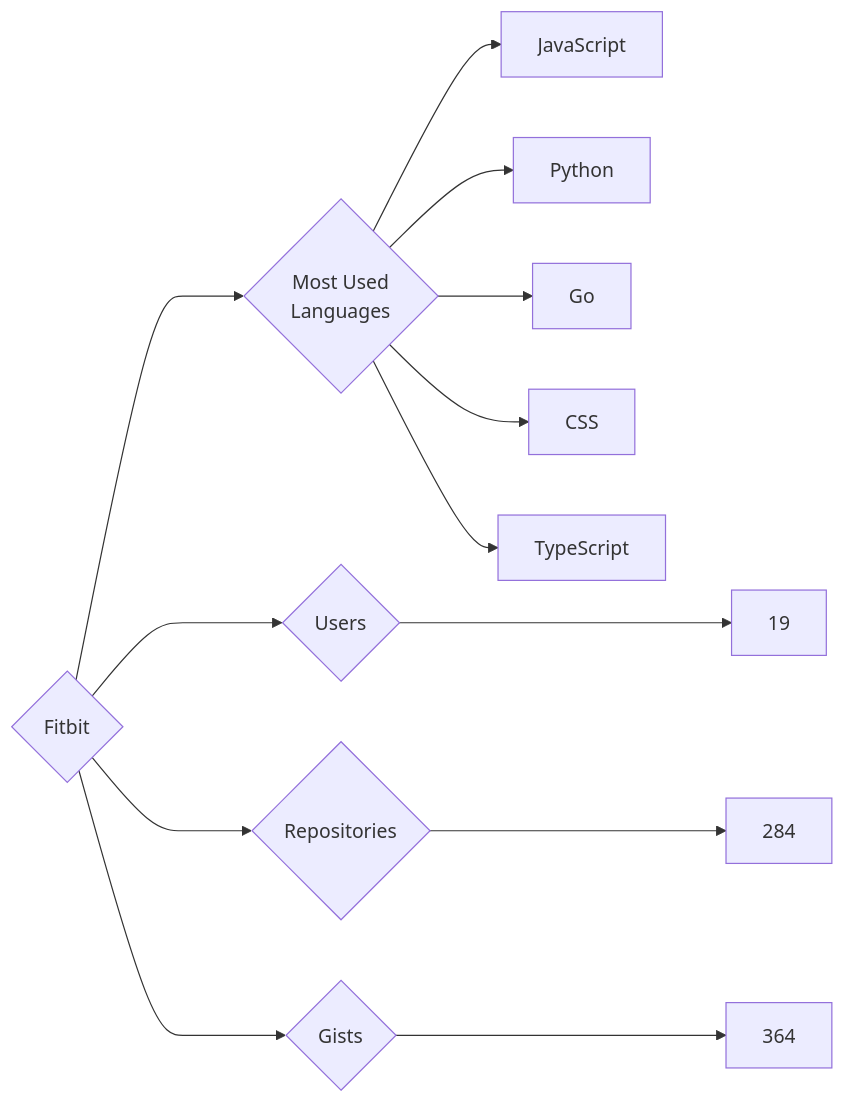
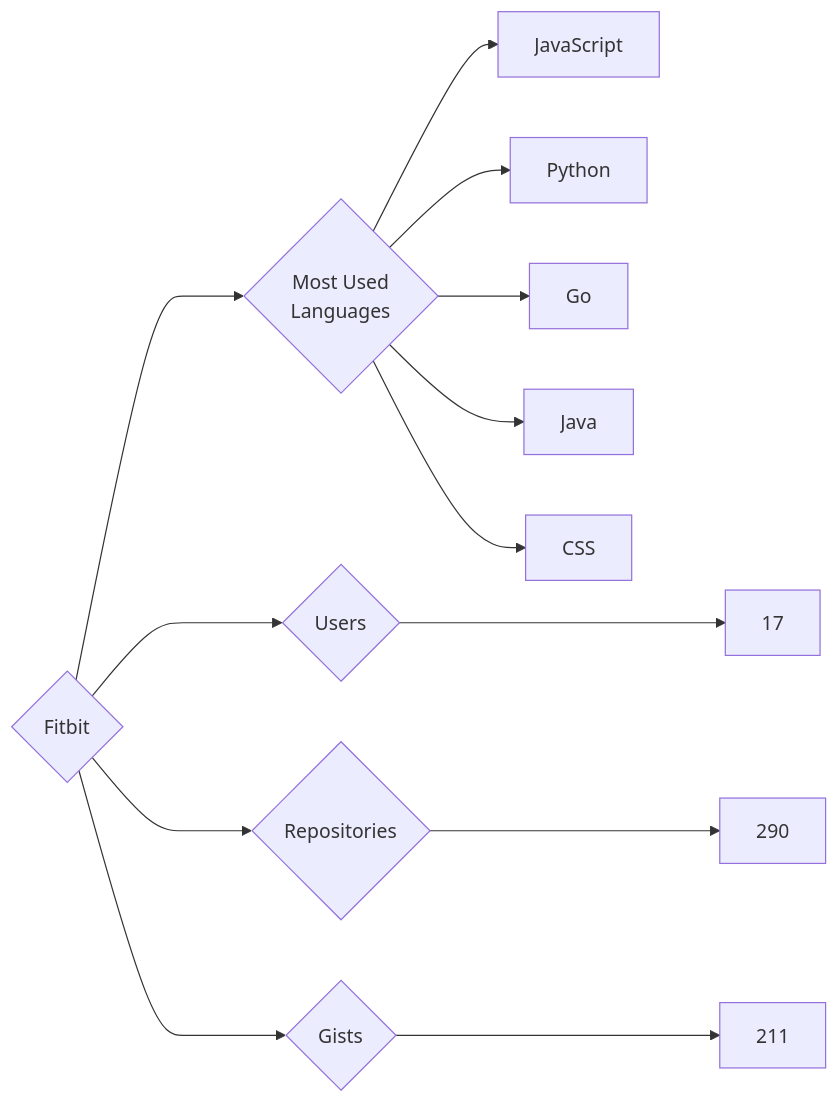
One commit to trickest/insiders changed the diagram in targets/Fitbit/README.md. Above: the diagram before and after it, drawn with Mermaid. The commit also changed 721 other files, not shown here.

````diff
--- a/targets/Fitbit/README.md
+++ b/targets/Fitbit/README.md
@@ -3,13 +3,13 @@
 ```mermaid
 graph LR
 COMPANY_NAME{Fitbit}
-COMPANY_NAME ---> U{Users} ---> UN[19]
-COMPANY_NAME ---> R{Repositories} ---> RN[284]
-COMPANY_NAME ---> G{Gists} ---> GN[364]
+COMPANY_NAME ---> U{Users} ---> UN[17]
+COMPANY_NAME ---> R{Repositories} ---> RN[290]
+COMPANY_NAME ---> G{Gists} ---> GN[211]
 COMPANY_NAME ---> ML{Most Used<br>Languages}
 ML --> JavaScript[JavaScript]
 ML --> Python[Python]
 ML --> Go[Go]
+ML --> Java[Java]
 ML --> CSS[CSS]
-ML --> TypeScript[TypeScript]
 ```
````
